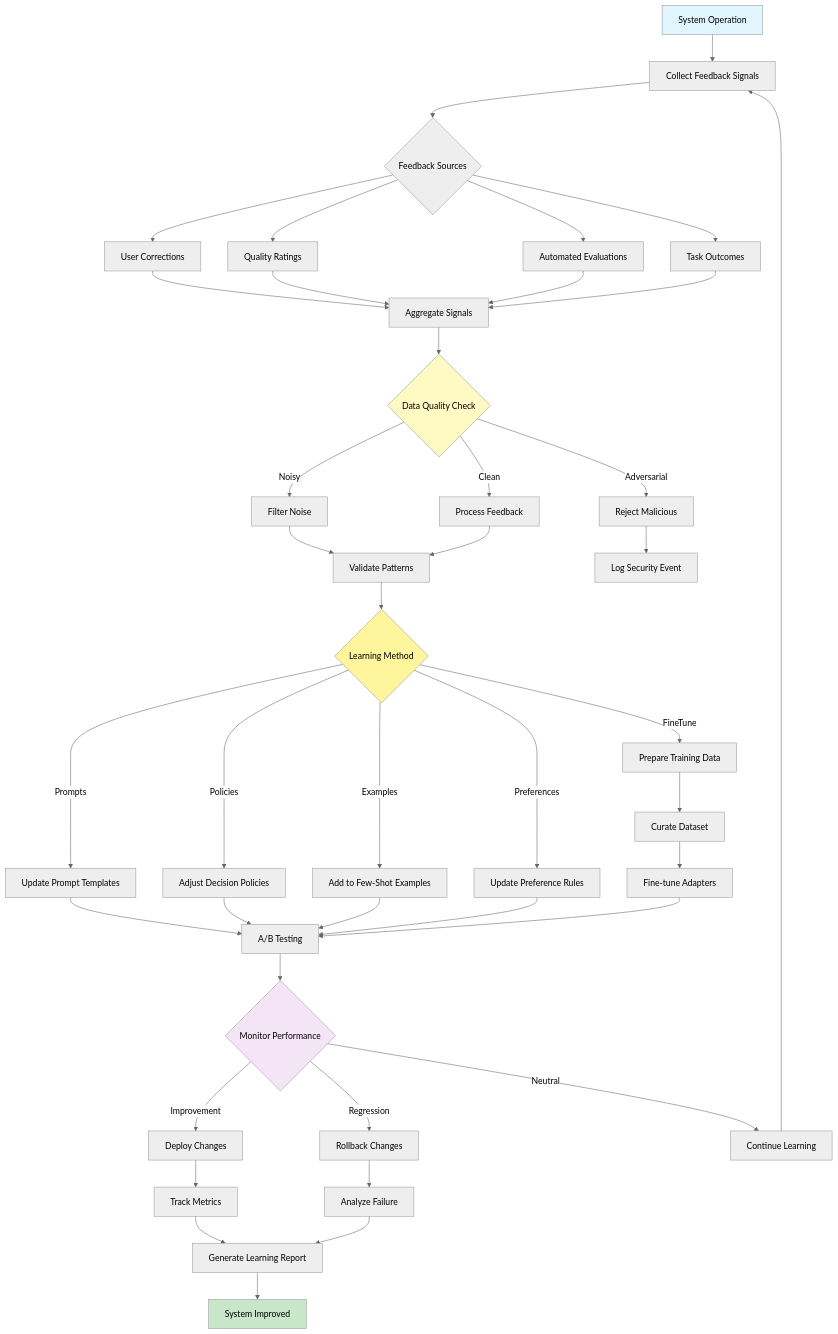
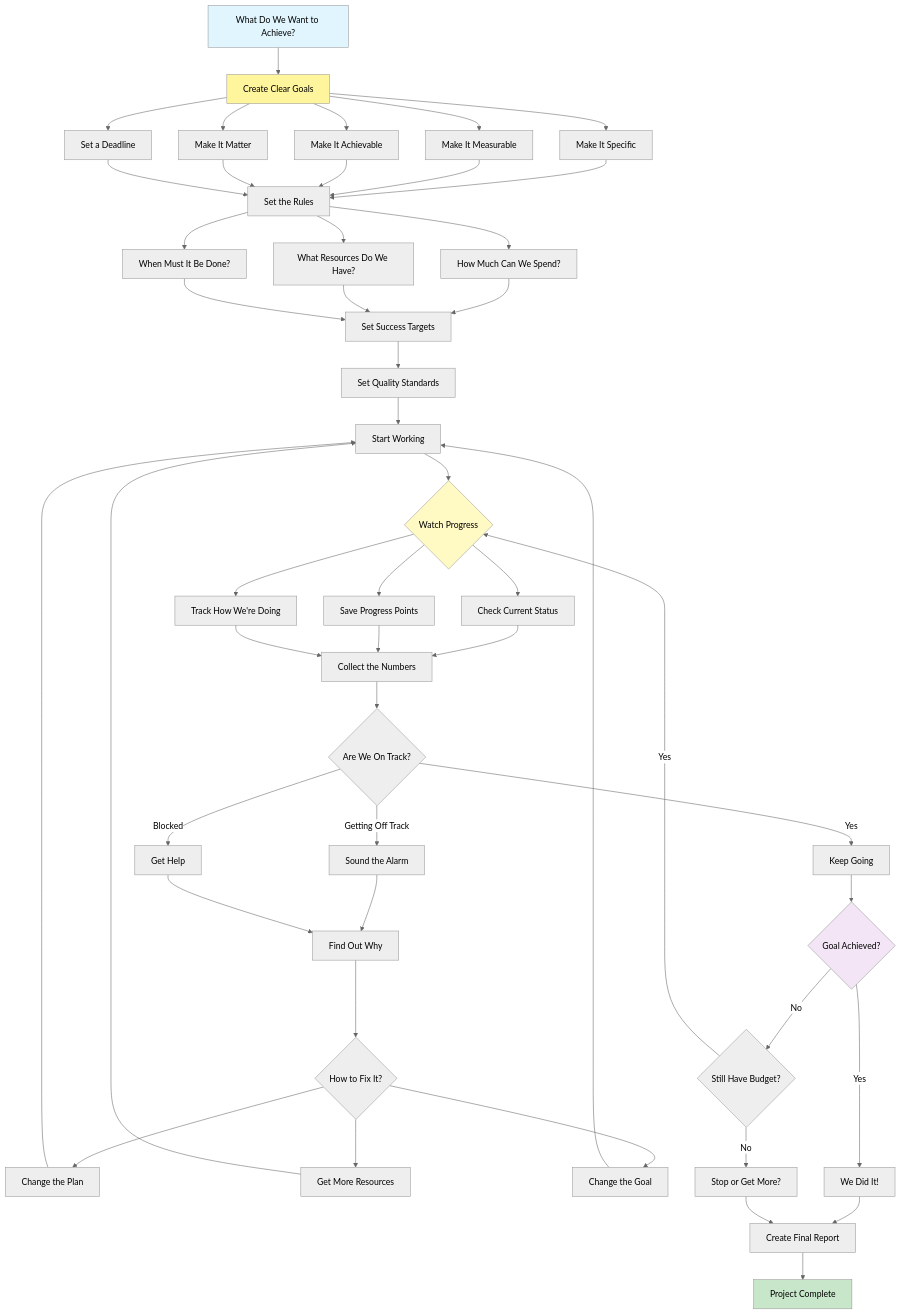
The diagram in diagram.mmd (Adrian-patrick/agentic-ai-design-patterns), drawn with Mermaid (neutral theme) before and after one commit. The commit also changed 12 other files, not shown here.

Commit message:
working goal setting and monitoring

```diff
--- a/diagram.mmd
+++ b/diagram.mmd
@@ -1,59 +1,72 @@
 graph TD
-    Start[System Operation] --> Collect[Collect Feedback Signals]
+    Start[What Do We Want to Achieve?] --> Create[Create Clear Goals]
     
-    Collect --> Sources{Feedback Sources}
-    Sources --> User[User Corrections]
-    Sources --> Ratings[Quality Ratings]
-    Sources --> Evals[Automated Evaluations]
-    Sources --> Outcomes[Task Outcomes]
+    Create --> Specific[Make It Specific]
+    Create --> Measurable[Make It Measurable]
+    Create --> Achievable[Make It Achievable]
+    Create --> Relevant[Make It Matter]
+    Create --> TimeBound[Set a Deadline]
     
-    User --> Aggregate[Aggregate Signals]
-    Ratings --> Aggregate
-    Evals --> Aggregate
-    Outcomes --> Aggregate
+    Specific --> Rules[Set the Rules]
+    Measurable --> Rules
+    Achievable --> Rules
+    Relevant --> Rules
+    TimeBound --> Rules
     
-    Aggregate --> Clean{Data Quality Check}
-    Clean -->|Noisy| Filter[Filter Noise]
-    Clean -->|Adversarial| Reject[Reject Malicious]
-    Clean -->|Clean| Process[Process Feedback]
+    Rules --> Budget[How Much Can We Spend?]
+    Rules --> Resources[What Resources Do We Have?]
+    Rules --> Deadline[When Must It Be Done?]
     
-    Filter --> Validate[Validate Patterns]
-    Reject --> Log[Log Security Event]
-    Process --> Validate
+    Budget --> Targets[Set Success Targets]
+    Resources --> Targets
+    Deadline --> Targets
     
-    Validate --> Learn{Learning Method}
+    Targets --> Quality[Set Quality Standards]
+    Quality --> Start_Work[Start Working]
     
-    Learn -->|Prompts| UpdatePrompts[Update Prompt Templates]
-    Learn -->|Policies| UpdatePolicies[Adjust Decision Policies]
-    Learn -->|Examples| AddExamples[Add to Few-Shot Examples]
-    Learn -->|Preferences| UpdatePrefs[Update Preference Rules]
-    Learn -->|FineTune| PrepareData[Prepare Training Data]
+    Start_Work --> Watch{Watch Progress}
     
-    UpdatePrompts --> Test[A/B Testing]
-    UpdatePolicies --> Test
-    AddExamples --> Test
-    UpdatePrefs --> Test
+    Watch --> Status[Check Current Status]
+    Watch --> Save[Save Progress Points]
+    Watch --> Track[Track How We're Doing]
     
-    PrepareData --> Curate[Curate Dataset]
-    Curate --> Train[Fine-tune Adapters]
-    Train --> Test
+    Status --> Numbers[Collect the Numbers]
+    Save --> Numbers
+    Track --> Numbers
     
-    Test --> Monitor{Monitor Performance}
+    Numbers --> Compare{Are We On Track?}
     
-    Monitor -->|Improvement| Deploy[Deploy Changes]
-    Monitor -->|Regression| Rollback[Rollback Changes]
-    Monitor -->|Neutral| Iterate[Continue Learning]
+    Compare -->|Yes| Continue[Keep Going]
+    Compare -->|Getting Off Track| Alert[Sound the Alarm]
+    Compare -->|Blocked| Escalate[Get Help]
     
-    Deploy --> Track[Track Metrics]
-    Rollback --> Analyze[Analyze Failure]
-    Iterate --> Collect
+    Alert --> Why[Find Out Why]
+    Escalate --> Why
     
-    Track --> Report[Generate Learning Report]
-    Analyze --> Report
-    Report --> End[System Improved]
+    Why --> Fix{How to Fix It?}
+    
+    Fix --> Adjust[Change the Plan]
+    Fix --> More_Resources[Get More Resources]
+    Fix --> Change_Goal[Change the Goal]
+    
+    Adjust --> Start_Work
+    More_Resources --> Start_Work
+    Change_Goal --> Start_Work
+    
+    Continue --> Done{Goal Achieved?}
+    
+    Done -->|Yes| Success[We Did It!]
+    Done -->|No| Check_Budget{Still Have Budget?}
+    
+    Check_Budget -->|Yes| Watch
+    Check_Budget -->|No| Decision[Stop or Get More?]
+    
+    Success --> Report[Create Final Report]
+    Decision --> Report
+    Report --> End[Project Complete]
 
     style Start fill:#e1f5fe
-    style Clean fill:#fff9c4
-    style Learn fill:#fff59d
-    style Monitor fill:#f3e5f5
+    style Create fill:#fff59d
+    style Watch fill:#fff9c4
+    style Done fill:#f3e5f5
     style End fill:#c8e6c9
```
